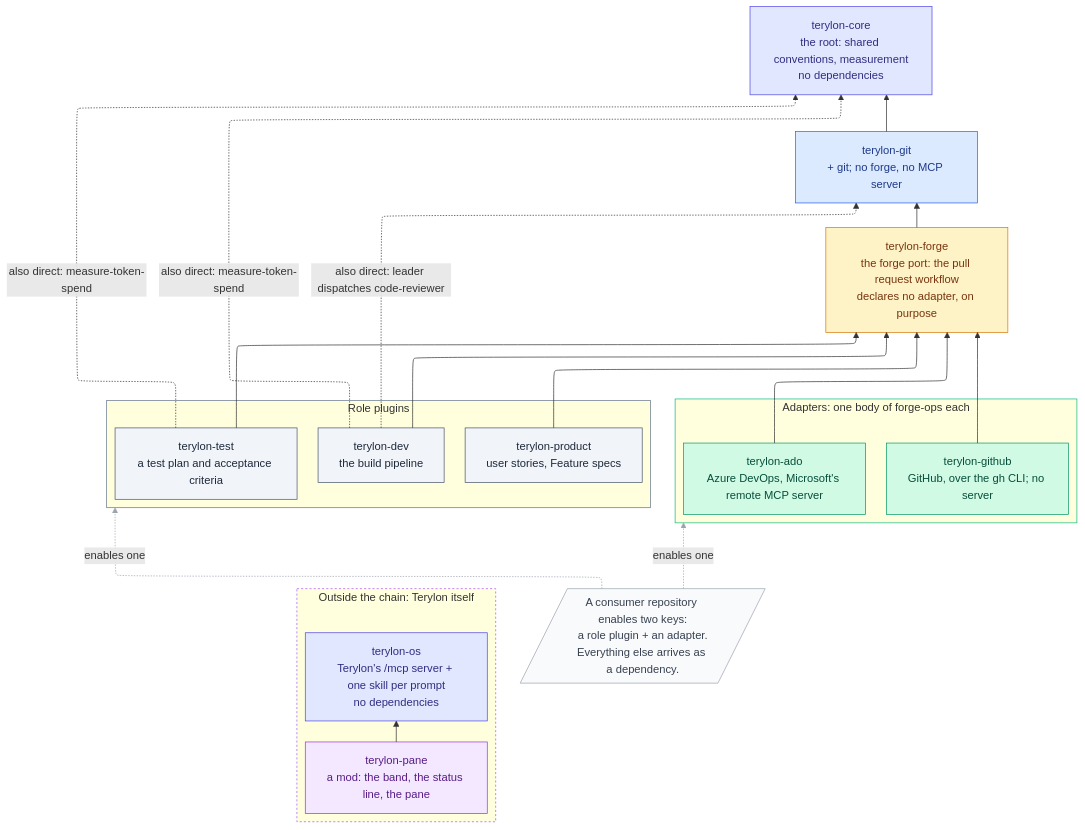
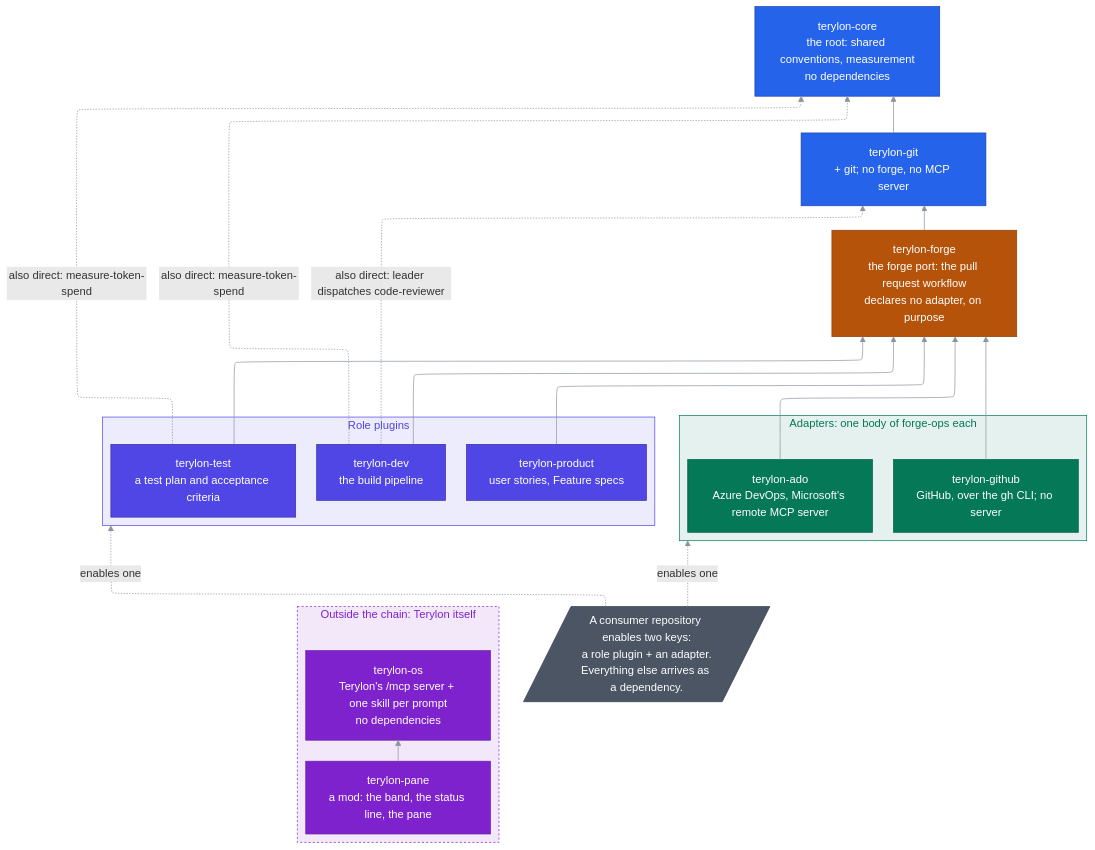
One commit to janecekvit/terylon-marketplace changed the second of 2 diagrams in README.md. Above: the diagram before and after it, drawn with Mermaid. The commit also changed other lines of this file and 5 other files, not shown here.

````diff
--- a/README.md
+++ b/README.md
@@ -77,66 +85,67 @@
 ```mermaid
 ---
 config:
   layout: elk
+  flowchart:
+    padding: 16
 ---
 %% The marketplace's plugins and the dependencies their manifests declare.
 %% The source of truth is this block: edit it here; nothing is generated from it.
 %% Every edge between two plugins is one entry of a plugin.json#dependencies array, drawn from the
 %% plugin that declares it to the plugin it names. A dashed one is declared although the chain
 %% already reaches it. The manifests are the source of truth; when they change, redraw this.
 flowchart BT
-    %% One colour per kind: roots (indigo), the git layer (blue), the port (amber), adapters (green),
-    %% role plugins (slate), Terylon's own plugins (violet), notes (grey). A subgraph takes a stroke
-    %% and no fill, so the theme fills it in light and dark mode alike: .claude/rules/markdown.md says why.
-    classDef root fill:#E0E7FF,stroke:#4F46E5,color:#312E81
-    classDef layer fill:#DBEAFE,stroke:#2563EB,color:#1E3A8A
-    classDef port fill:#FEF3C7,stroke:#D97706,color:#78350F
-    classDef adapter fill:#D1FAE5,stroke:#059669,color:#064E3B
-    classDef role fill:#F1F5F9,stroke:#475569,color:#1E293B
-    classDef terylon fill:#F3E8FF,stroke:#9333EA,color:#581C87
-    classDef note fill:#F9FAFB,stroke:#9CA3AF,color:#374151
+    %% One colour per kind, the palette of .claude/rules/markdown.md: the chain (blue), the port (amber),
+    %% adapters (green), role plugins (indigo), Terylon's own plugins (purple), notes (grey).
+    %% No theme is set, so GitHub draws the block in its light or dark theme.
+    classDef chain fill:#2563EB,stroke:#1E40AF,color:#FFFFFF
+    classDef port fill:#B45309,stroke:#92400E,color:#FFFFFF
+    classDef adapter fill:#047857,stroke:#065F46,color:#FFFFFF
+    classDef role fill:#4F46E5,stroke:#3730A3,color:#FFFFFF
+    classDef terylon fill:#7E22CE,stroke:#6B21A8,color:#FFFFFF
+    classDef note fill:#4B5563,stroke:#374151,color:#FFFFFF
 
-    core["terylon-core<br/>the root: shared conventions, measurement<br/>no dependencies"]:::root
-    git["terylon-git<br/>+ git; no forge, no MCP server"]:::layer
+    core["terylon-core<br/>the root: shared conventions, measurement<br/>no dependencies"]:::chain
+    git["terylon-git<br/>+ git; no forge, no MCP server"]:::chain
     forge["terylon-forge<br/>the forge port: the pull request workflow<br/>declares no adapter, on purpose"]:::port
 
     subgraph adapters ["Adapters: one body of forge-ops each"]
         ado["terylon-ado<br/>Azure DevOps, Microsoft's remote MCP server"]:::adapter
         github["terylon-github<br/>GitHub, over the gh CLI; no server"]:::adapter
     end
 
     subgraph roles ["Role plugins"]
         product["terylon-product<br/>user stories, Feature specs"]:::role
         dev["terylon-dev<br/>the build pipeline"]:::role
         test["terylon-test<br/>a test plan and acceptance criteria"]:::role
     end
 
     %% Terylon's own plugins: the owner's product, not a role in the development workflow.
+    %% Dashed: outside the chain.
     subgraph outside ["Outside the chain: Terylon itself"]
-        os["terylon-os<br/>Terylon's /mcp server + one skill per prompt<br/>no dependencies"]:::root
+        os["terylon-os<br/>Terylon's /mcp server + one skill per prompt<br/>no dependencies"]:::terylon
         pane["terylon-pane<br/>a mod: the band, the status line, the pane"]:::terylon
     end
 
     consumer[/"A consumer repository enables two keys:<br/>a role plugin + an adapter.<br/>Everything else arrives as a dependency."/]:::note
 
     git --> core
     forge --> git
     ado --> forge
     github --> forge
     product --> forge
     dev --> forge
     test --> forge
     dev -.->|"also direct: leader dispatches code-reviewer"| git
     dev -.->|"also direct: measure-token-spend"| core
     test -.->|"also direct: measure-token-spend"| core
     pane --> os
 
     consumer -.->|"enables one"| roles
     consumer -.->|"enables one"| adapters
 
-    style adapters stroke:#10B981
-    style roles stroke:#64748B
-    style outside stroke:#A855F7,stroke-dasharray:3
-    %% The two consumer edges, grey: the 12th and 13th edge above.
-    linkStyle 11,12 stroke:#9CA3AF
+    style adapters fill:#0478571A,stroke:#047857,color:#047857
+    style roles fill:#4F46E51A,stroke:#4F46E5,color:#4F46E5
+    style outside fill:#7E22CE1A,stroke:#7E22CE,color:#7E22CE,stroke-dasharray:3 3
+    linkStyle default stroke:#8B949E
 ```
````
